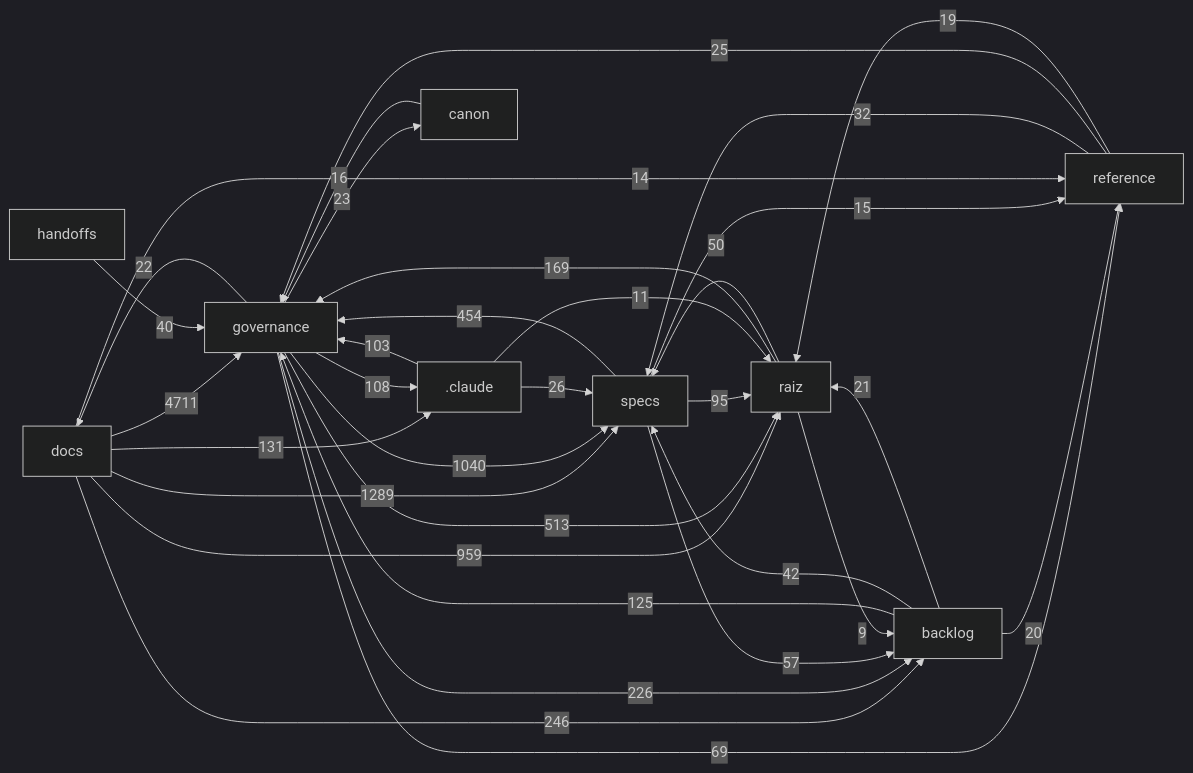
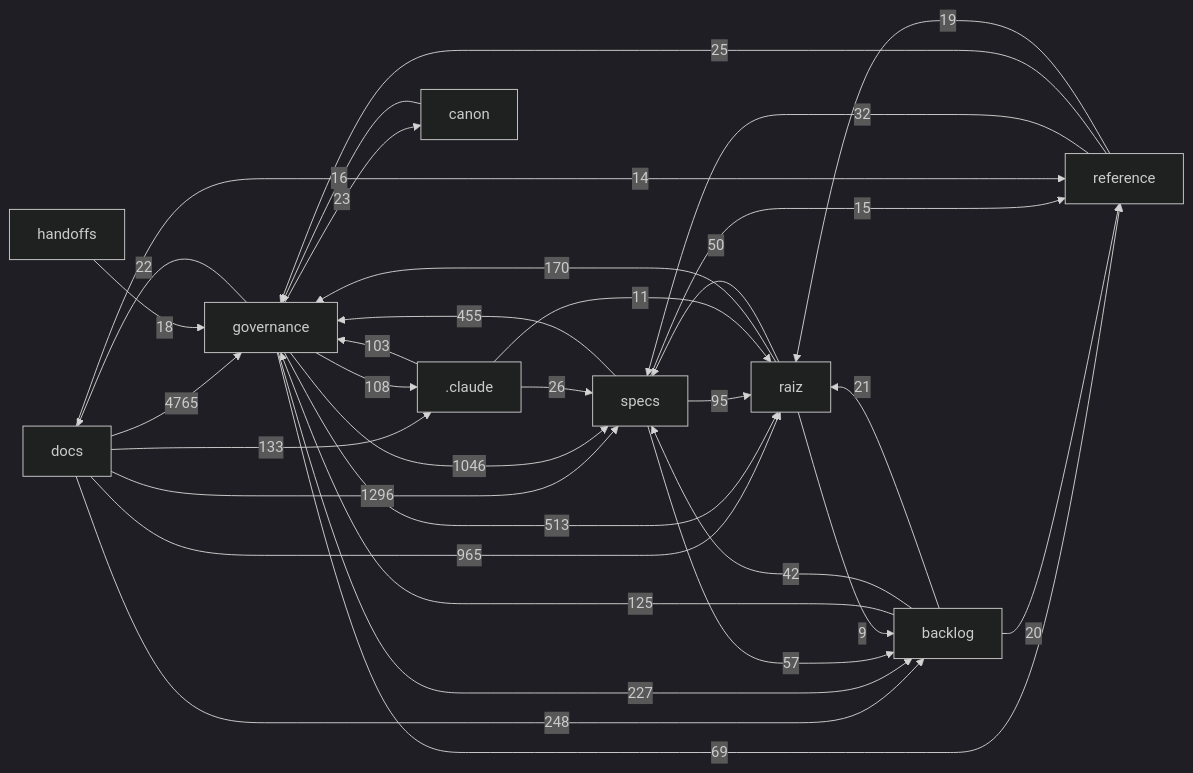
One commit to Andraus35/Sistema-Operacional-de-Trading--SOT changed the diagram in docs/mapa/MAPA-PROJETO.md. Above: the diagram before and after it, drawn with Mermaid (dark theme). The commit also changed other lines of this file and 2 other files, not shown here.

First line of the commit message:
HANDOFF HO-2026-11-01-152 (Camada A): frente da auditoria do Especificador encerrada, estado verificado ao vivo, proximo passo e reverificacao; HO-151 preservado em docs/handoffs

````diff
--- a/docs/mapa/MAPA-PROJETO.md
+++ b/docs/mapa/MAPA-PROJETO.md
@@ -30,35 +30,35 @@
 ```mermaid
 flowchart LR
-  docs["docs"] -->|4711| governance["governance"]
-  docs["docs"] -->|1289| specs["specs"]
-  governance["governance"] -->|1040| specs["specs"]
-  docs["docs"] -->|959| raiz["raiz"]
+  docs["docs"] -->|4765| governance["governance"]
+  docs["docs"] -->|1296| specs["specs"]
+  governance["governance"] -->|1046| specs["specs"]
+  docs["docs"] -->|965| raiz["raiz"]
   governance["governance"] -->|513| raiz["raiz"]
-  specs["specs"] -->|454| governance["governance"]
-  docs["docs"] -->|246| backlog["backlog"]
-  governance["governance"] -->|226| backlog["backlog"]
-  raiz["raiz"] -->|169| governance["governance"]
-  docs["docs"] -->|131| _claude[".claude"]
+  specs["specs"] -->|455| governance["governance"]
+  docs["docs"] -->|248| backlog["backlog"]
+  governance["governance"] -->|227| backlog["backlog"]
+  raiz["raiz"] -->|170| governance["governance"]
+  docs["docs"] -->|133| _claude[".claude"]
   backlog["backlog"] -->|125| governance["governance"]
   governance["governance"] -->|108| _claude[".claude"]
   _claude[".claude"] -->|103| governance["governance"]
   specs["specs"] -->|95| raiz["raiz"]
   governance["governance"] -->|69| reference["reference"]
   specs["specs"] -->|57| backlog["backlog"]
   raiz["raiz"] -->|50| specs["specs"]
   backlog["backlog"] -->|42| specs["specs"]
-  handoffs["handoffs"] -->|40| governance["governance"]
   reference["reference"] -->|32| specs["specs"]
   _claude[".claude"] -->|26| specs["specs"]
   reference["reference"] -->|25| governance["governance"]
   governance["governance"] -->|23| canon["canon"]
   governance["governance"] -->|22| docs["docs"]
   backlog["backlog"] -->|21| raiz["raiz"]
   backlog["backlog"] -->|20| reference["reference"]
   reference["reference"] -->|19| raiz["raiz"]
+  handoffs["handoffs"] -->|18| governance["governance"]
   canon["canon"] -->|16| governance["governance"]
   specs["specs"] -->|15| reference["reference"]
   docs["docs"] -->|14| reference["reference"]
   _claude[".claude"] -->|11| raiz["raiz"]
   raiz["raiz"] -->|9| backlog["backlog"]
 ```
````
